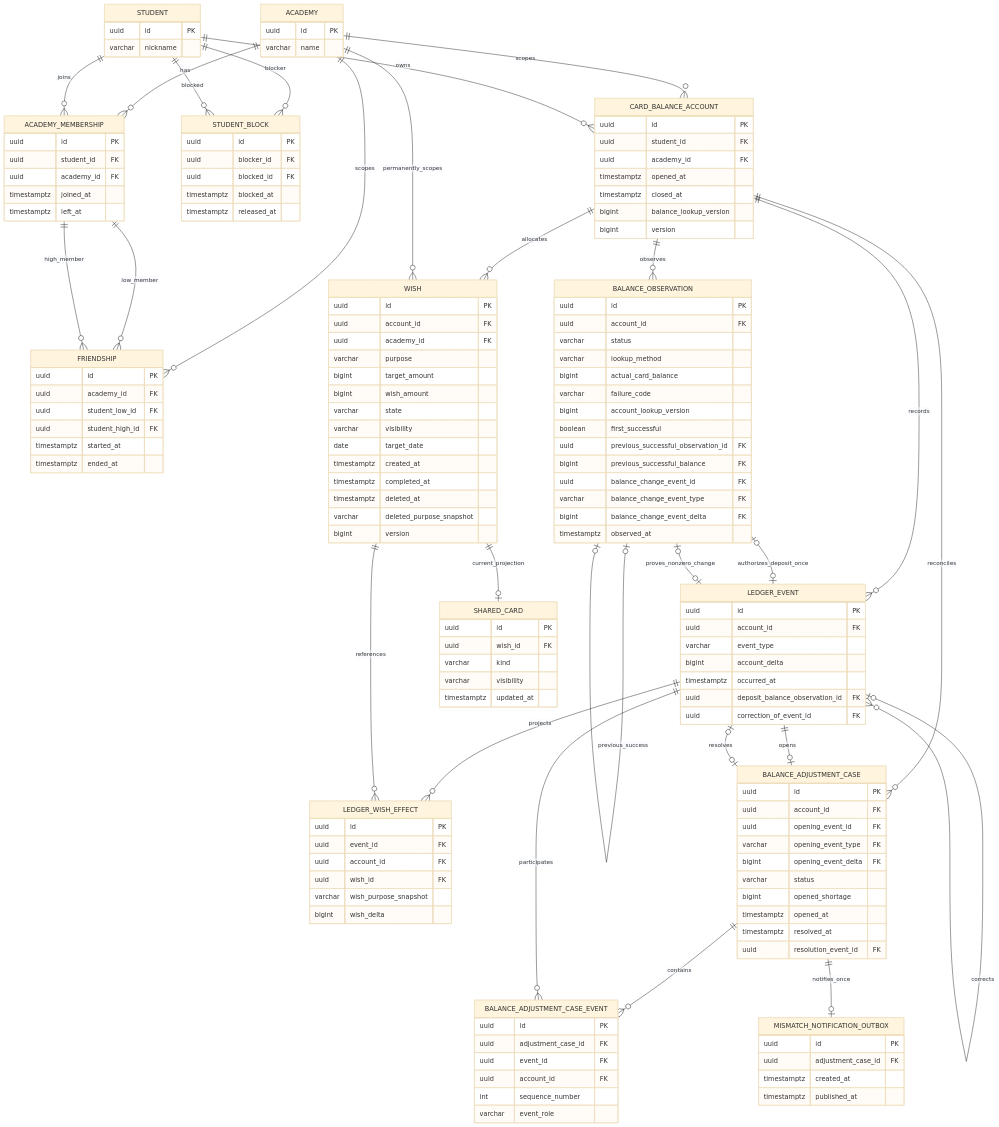
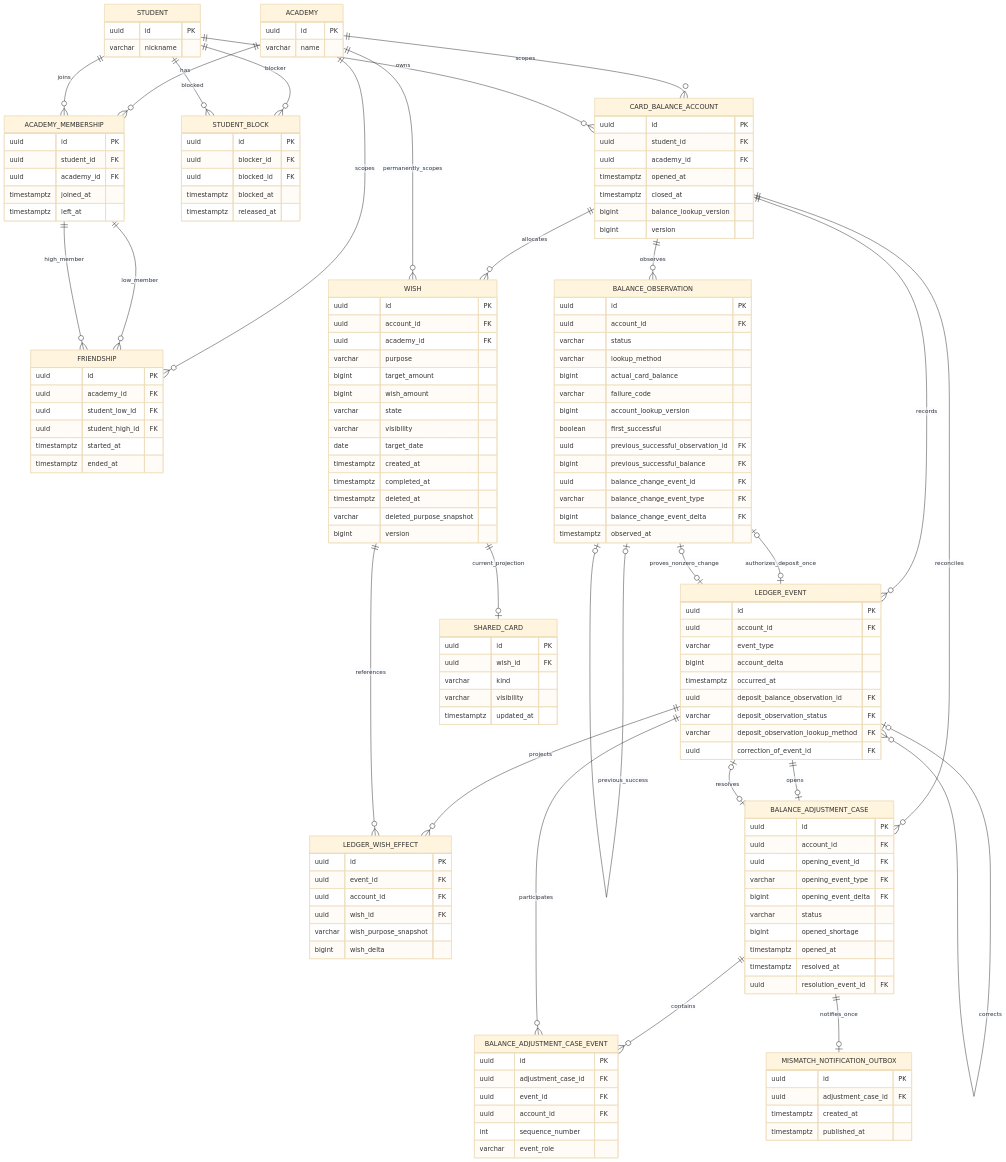
The diagram in docs/wish/data-model-db-integrity.md (crabitteam2/crabit-backend), drawn with Mermaid (base theme) before and after one commit. The commit also changed other lines of this file and 3 other files, not shown here.

```diff
--- a/docs/wish/data-model-db-integrity.md
+++ b/docs/wish/data-model-db-integrity.md
@@ -86,6 +86,8 @@
         bigint account_delta
         timestamptz occurred_at
         uuid deposit_balance_observation_id FK
+        varchar deposit_observation_status FK
+        varchar deposit_observation_lookup_method FK
         uuid correction_of_event_id FK
     }
     LEDGER_WISH_EFFECT {
```
